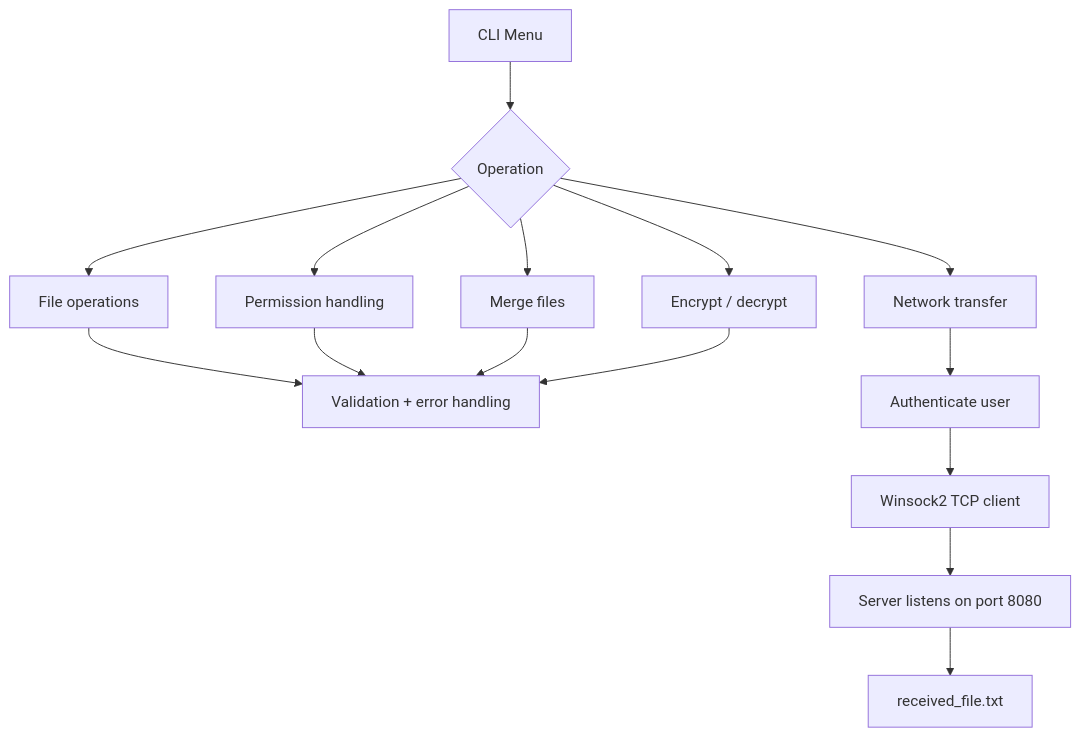
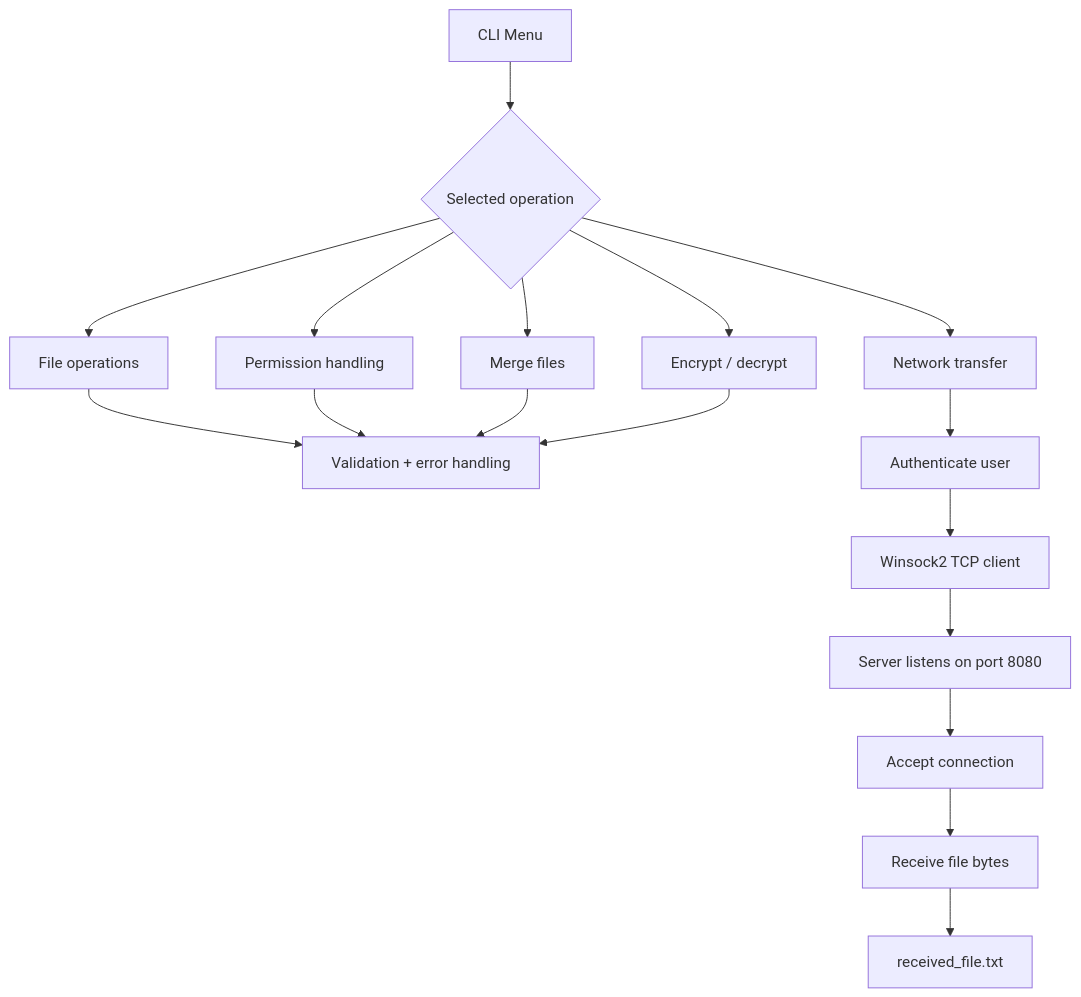
Before and after one commit to ibrahimm2106/C-File-Network-Management-System: the diagram in README.md, drawn with Mermaid. The commit also changed other lines of this file and 4 other files, not shown here.

````diff
--- a/README.md
+++ b/README.md
@@ -67,17 +72,19 @@
 ```mermaid
 flowchart TD
-    A[CLI Menu] --> B{Operation}
+    A[CLI Menu] --> B{Selected operation}
     B --> C[File operations]
     B --> D[Permission handling]
     B --> E[Merge files]
     B --> F[Encrypt / decrypt]
     B --> G[Network transfer]
     C --> H[Validation + error handling]
     D --> H
     E --> H
     F --> H
     G --> I[Authenticate user]
     I --> J[Winsock2 TCP client]
     J --> K[Server listens on port 8080]
-    K --> L[received_file.txt]
+    K --> L[Accept connection]
+    L --> M[Receive file bytes]
+    M --> N[received_file.txt]
 ```
````
